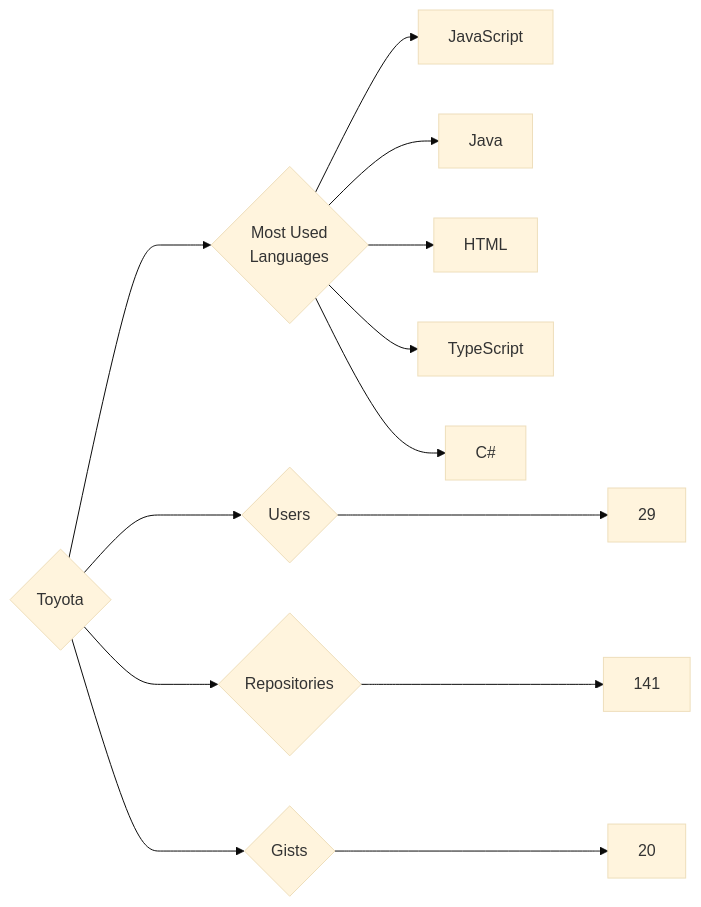
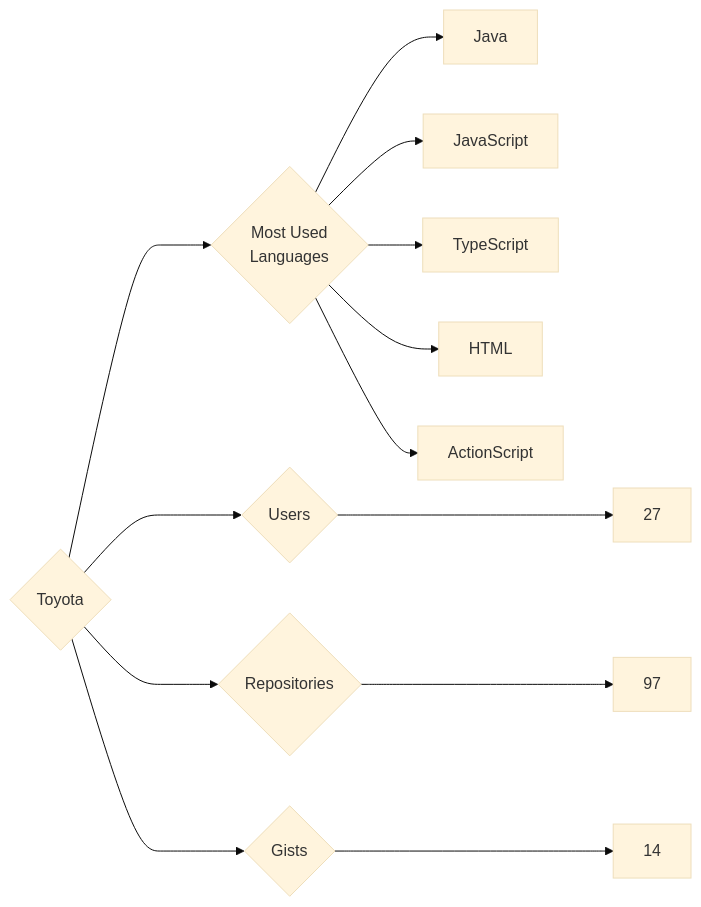
Before and after one commit to trickest/insiders: the diagram in targets/Toyota/README.md, drawn with Mermaid (base theme). The commit also changed 939 other files, not shown here.

````diff
--- a/targets/Toyota/README.md
+++ b/targets/Toyota/README.md
@@ -3,13 +3,13 @@
 ```mermaid
 graph LR
 COMPANY_NAME{Toyota}
-COMPANY_NAME ---> U{Users} ---> UN[29]
-COMPANY_NAME ---> R{Repositories} ---> RN[141]
-COMPANY_NAME ---> G{Gists} ---> GN[20]
+COMPANY_NAME ---> U{Users} ---> UN[27]
+COMPANY_NAME ---> R{Repositories} ---> RN[97]
+COMPANY_NAME ---> G{Gists} ---> GN[14]
 COMPANY_NAME ---> ML{Most Used<br>Languages}
+ML --> Java[Java]
 ML --> JavaScript[JavaScript]
-ML --> Java[Java]
+ML --> TypeScript[TypeScript]
 ML --> HTML[HTML]
-ML --> TypeScript[TypeScript]
-ML --> C#[C#]
+ML --> ActionScript[ActionScript]
 ```
````
